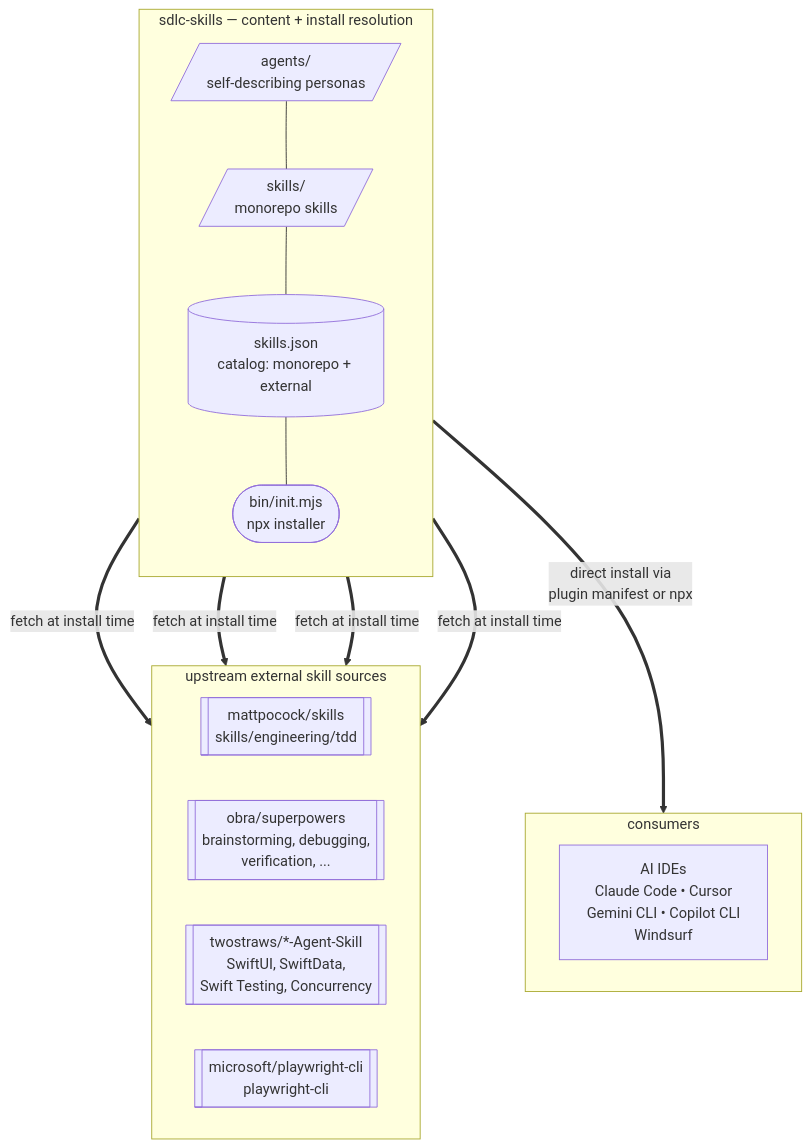
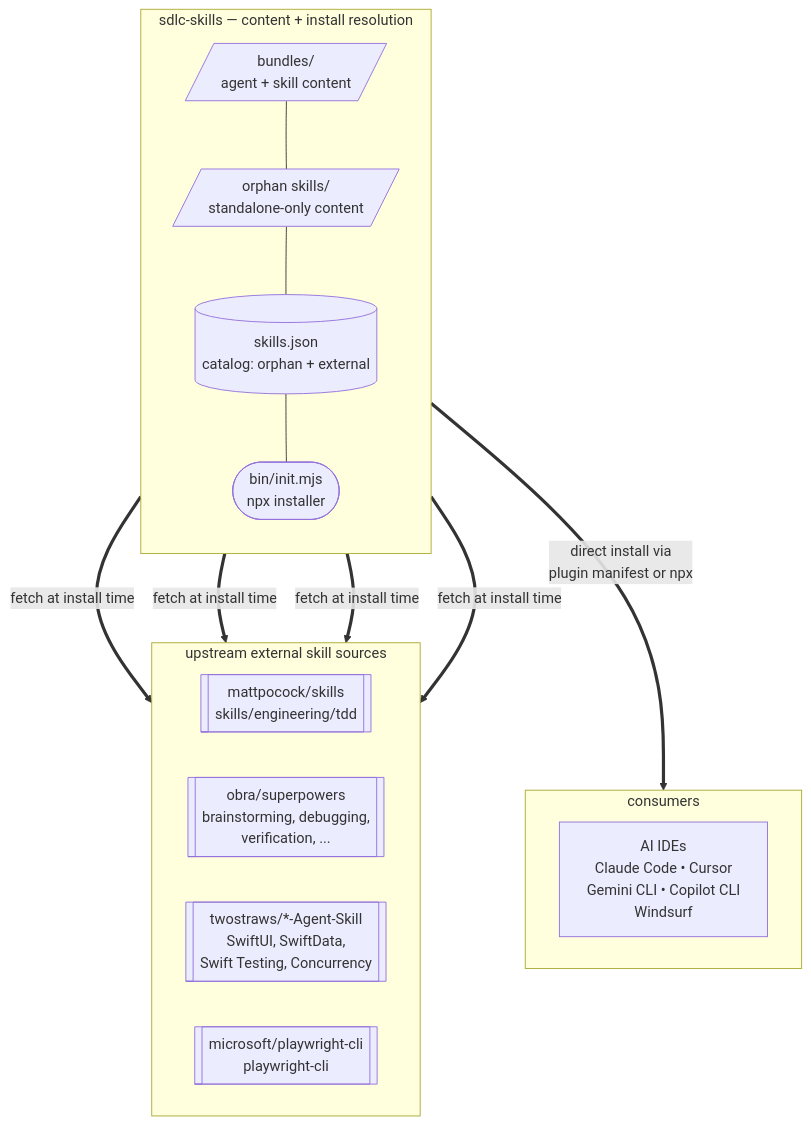
The diagram in README.md (arozumenko/sdlc-skills), drawn with Mermaid before and after one commit. The commit also changed other lines of this file and 130 other files, not shown here.

Commit message:
Bundles-as-source: bundles own their agents/skills (remove canonical mirror + sync) (#45)

````diff
--- a/README.md
+++ b/README.md
@@ -15,33 +15,33 @@
 ```mermaid
 flowchart TB
     subgraph sdlc["sdlc-skills — content + install resolution"]
         direction TB
-        agents[/"agents/<br/>self-describing personas"/]
-        skills[/"skills/<br/>monorepo skills"/]
-        registry[("skills.json<br/>catalog: monorepo + external")]
+        agents[/"bundles/<br/>agent + skill content"/]
+        skills[/"orphan skills/<br/>standalone-only content"/]
+        registry[("skills.json<br/>catalog: orphan + external")]
         installer(["bin/init.mjs<br/>npx installer"])
         agents --- skills
         skills --- registry
         registry --- installer
     end
 
     subgraph consumers["consumers"]
         direction LR
         ides["AI IDEs<br/>Claude Code • Cursor<br/>Gemini CLI • Copilot CLI<br/>Windsurf"]
     end
 
     subgraph externals["upstream external skill sources"]
         direction LR
         ext_matt[["mattpocock/skills<br/>skills/engineering/tdd"]]
         ext_obra[["obra/superpowers<br/>brainstorming, debugging,<br/>verification, ..."]]
         ext_tws[["twostraws/*-Agent-Skill<br/>SwiftUI, SwiftData,<br/>Swift Testing, Concurrency"]]
         ext_msft[["microsoft/playwright-cli<br/>playwright-cli"]]
     end
 
     installer ==>|fetch at install time| ext_matt
     installer ==>|fetch at install time| ext_obra
     installer ==>|fetch at install time| ext_tws
     installer ==>|fetch at install time| ext_msft
 
     sdlc ==>|direct install via<br/>plugin manifest or npx| ides
 ```
````
